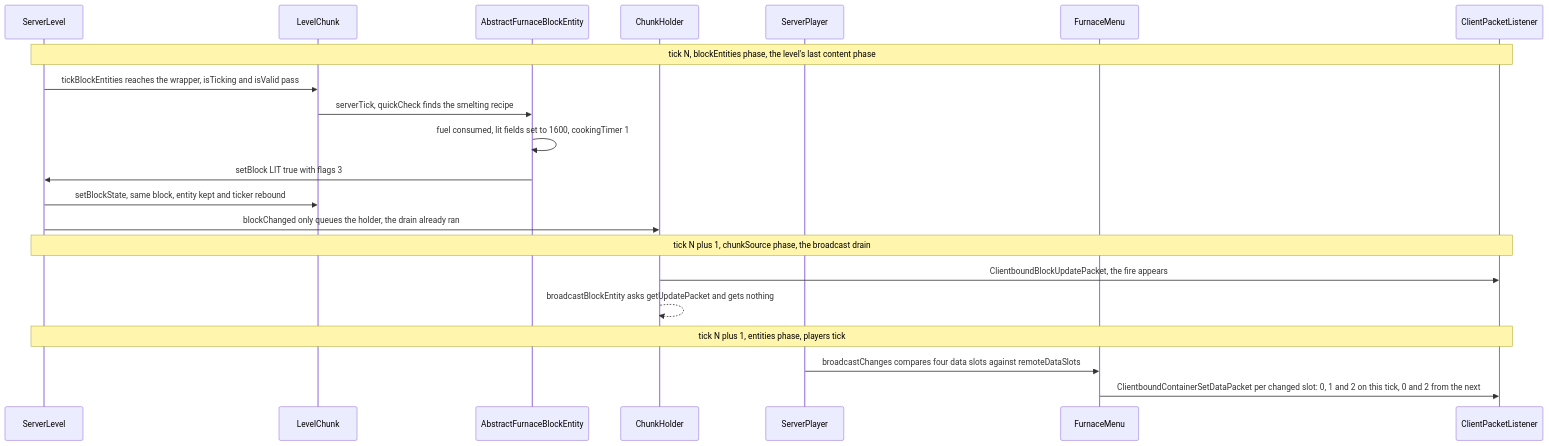
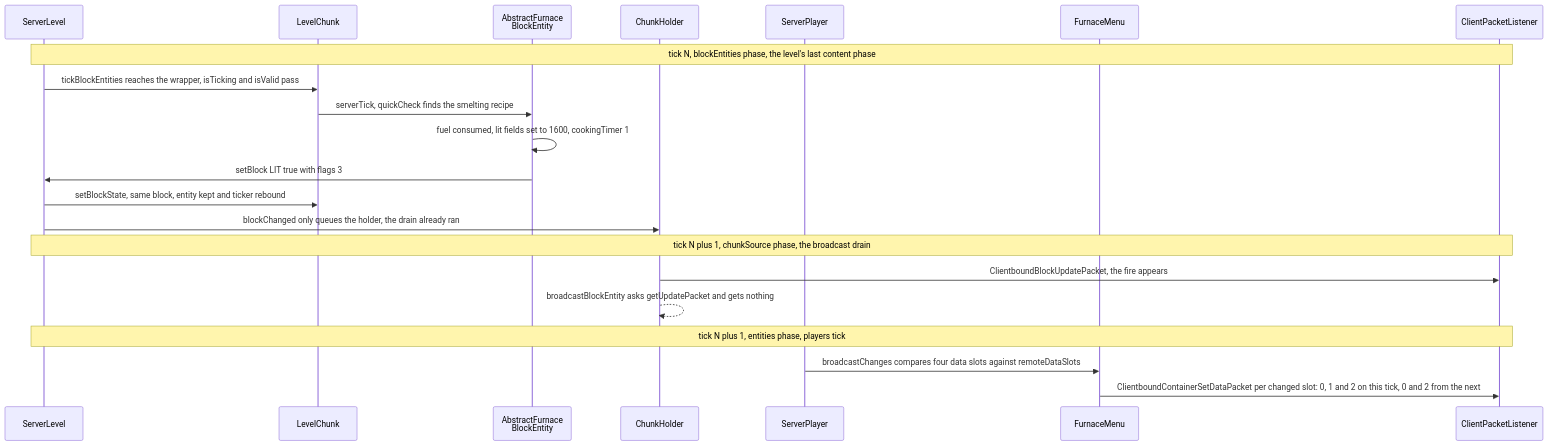
Before and after one commit to AlexanderjFraser/MinecraftDocs: the diagram in src/systems/blocks/block-entities.md, drawn with Mermaid. The commit also changed 68 other files, not shown here.

````diff
--- a/src/systems/blocks/block-entities.md
+++ b/src/systems/blocks/block-entities.md
@@ -155,23 +155,23 @@
 ```mermaid
 sequenceDiagram
     participant SL as ServerLevel
     participant LC as LevelChunk
-    participant AFBE as AbstractFurnaceBlockEntity
+    participant AFBE as AbstractFurnace<br/>BlockEntity
     participant CH as ChunkHolder
     participant SP as ServerPlayer
     participant FM as FurnaceMenu
     participant CPL as ClientPacketListener
     Note over SL,CPL: tick N, blockEntities phase, the level's last content phase
     SL->>LC: tickBlockEntities reaches the wrapper, isTicking and isValid pass
     LC->>AFBE: serverTick, quickCheck finds the smelting recipe
     AFBE->>AFBE: fuel consumed, lit fields set to 1600, cookingTimer 1
     AFBE->>SL: setBlock LIT true with flags 3
     SL->>LC: setBlockState, same block, entity kept and ticker rebound
     SL->>CH: blockChanged only queues the holder, the drain already ran
     Note over SL,CPL: tick N plus 1, chunkSource phase, the broadcast drain
     CH->>CPL: ClientboundBlockUpdatePacket, the fire appears
     CH-->>CH: broadcastBlockEntity asks getUpdatePacket and gets nothing
     Note over SL,CPL: tick N plus 1, entities phase, players tick
     SP->>FM: broadcastChanges compares four data slots against remoteDataSlots
     FM->>CPL: ClientboundContainerSetDataPacket per changed slot: 0, 1 and 2 on this tick, 0 and 2 from the next
 ```
````
